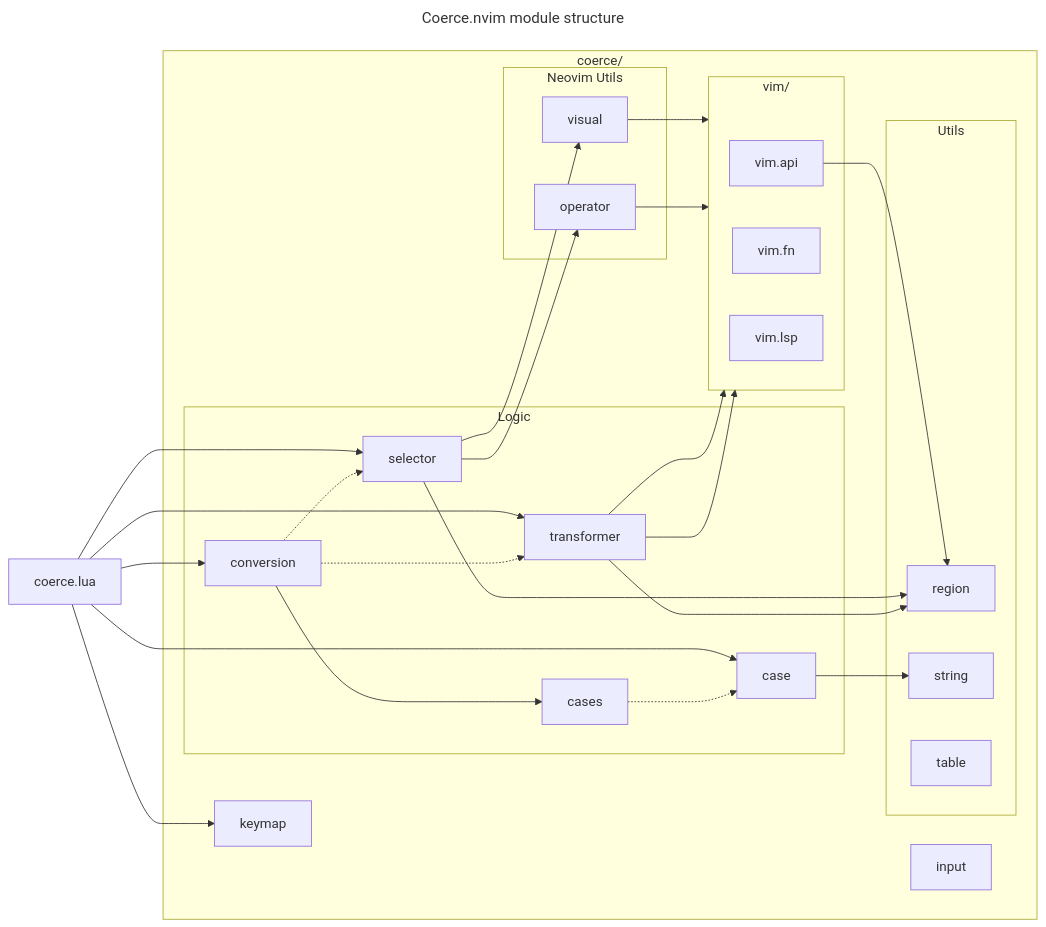
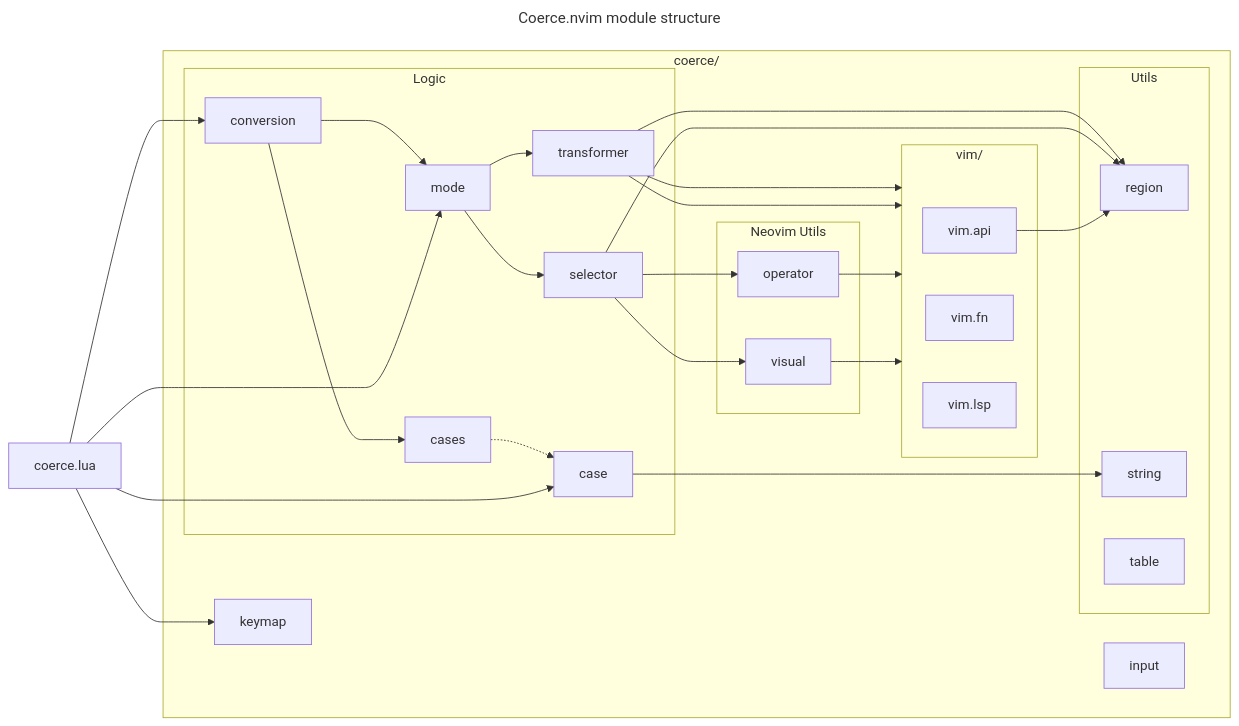
Before and after one commit to gregorias/coerce.nvim: the second of 2 diagrams in DEV.md, drawn with Mermaid. The commit also changed 7 other files, not shown here.

````diff
--- a/DEV.md
+++ b/DEV.md
@@ -95,58 +95,59 @@
 ```mermaid
 ---
 title: Coerce.nvim module structure
 ---
 graph LR
   coerce[coerce.lua]
 
   subgraph "coerce/"
     input
     keymap[keymap]
 
     subgraph "Logic"
       case
+      mode
       cases -.-> case
       transformer
-      conversion -.-> selector
+      conversion ---> mode
       conversion ---> cases
-      conversion -.-> transformer
+      mode --> selector
+      mode --> transformer
     end
 
     subgraph "Utils"
       region
       string
       table
     end
 
     subgraph "Neovim Utils"
       operator
       visual
     end
 
     subgraph "vim" [vim/]
       vim-api[vim.api]
       vim-fn[vim.fn]
       vim-lsp[vim.lsp]
     end
 
     case --> string
     transformer --> region
     selector --> region
 
     selector --> operator
     selector --> visual
 
     transformer --> vim
     transformer --> vim
     operator --> vim
     visual --> vim
   end
 
   coerce --> case
-  coerce --> selector
-  coerce --> transformer
+  coerce --> mode
   coerce --> keymap
   coerce --> conversion
 
   vim-api --> region
 ```
````
